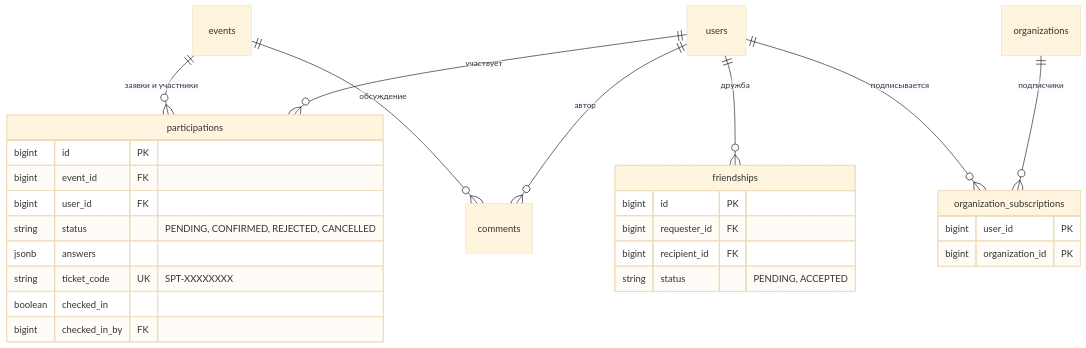
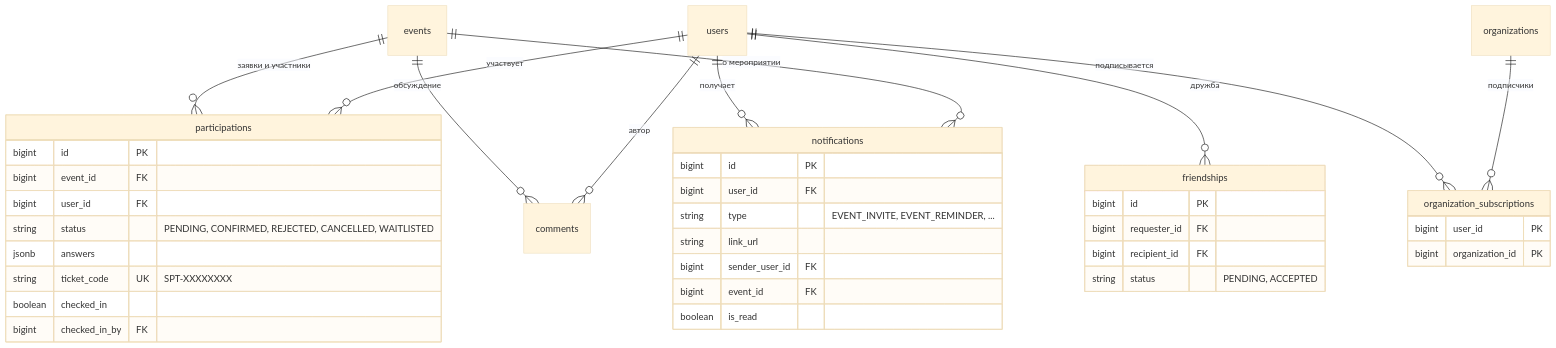
Before and after one commit to Re-Hub-TUSUR/fsp_finals_2026: the second of 3 diagrams in docs-zensical/docs/technical/data-model.md, drawn with Mermaid (base theme). The commit also changed other lines of this file and 31 other files, not shown here.

Commit message:
docs: refresh READMEs, architecture, Swagger and PDF for waitlist, notifications, reminders, recurring events and onboarding

````diff
--- a/docs-zensical/docs/technical/data-model.md
+++ b/docs-zensical/docs/technical/data-model.md
@@ -57,31 +61,42 @@
 ```mermaid
 erDiagram
     events ||--o{ participations : "заявки и участники"
     users ||--o{ participations : "участвует"
     events ||--o{ comments : "обсуждение"
     users ||--o{ comments : "автор"
     users ||--o{ friendships : "дружба"
     users ||--o{ organization_subscriptions : "подписывается"
     organizations ||--o{ organization_subscriptions : "подписчики"
+    users ||--o{ notifications : "получает"
+    events ||--o{ notifications : "о мероприятии"
 
     participations {
         bigint id PK
         bigint event_id FK
         bigint user_id FK
-        string status "PENDING, CONFIRMED, REJECTED, CANCELLED"
+        string status "PENDING, CONFIRMED, REJECTED, CANCELLED, WAITLISTED"
         jsonb answers
         string ticket_code UK "SPT-XXXXXXXX"
         boolean checked_in
         bigint checked_in_by FK
     }
     friendships {
         bigint id PK
         bigint requester_id FK
         bigint recipient_id FK
         string status "PENDING, ACCEPTED"
     }
     organization_subscriptions {
         bigint user_id PK
         bigint organization_id PK
     }
+    notifications {
+        bigint id PK
+        bigint user_id FK
+        string type "EVENT_INVITE, EVENT_REMINDER, ..."
+        string link_url
+        bigint sender_user_id FK
+        bigint event_id FK
+        boolean is_read
+    }
 ```
````
